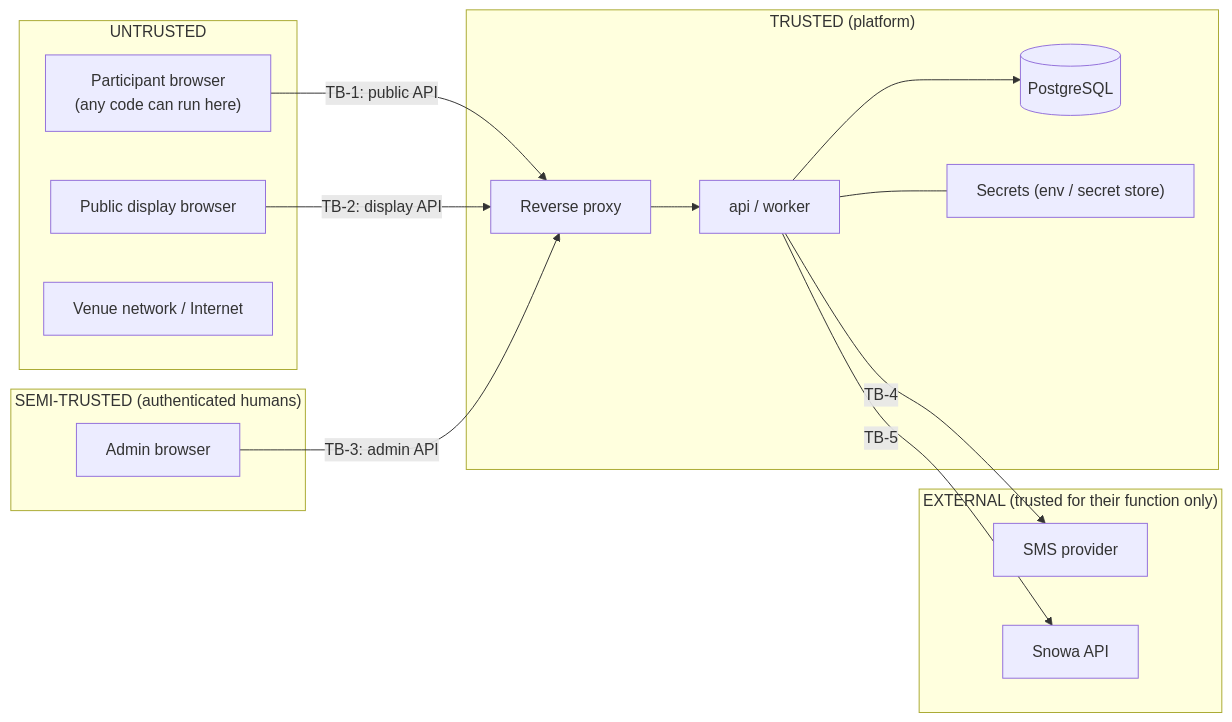
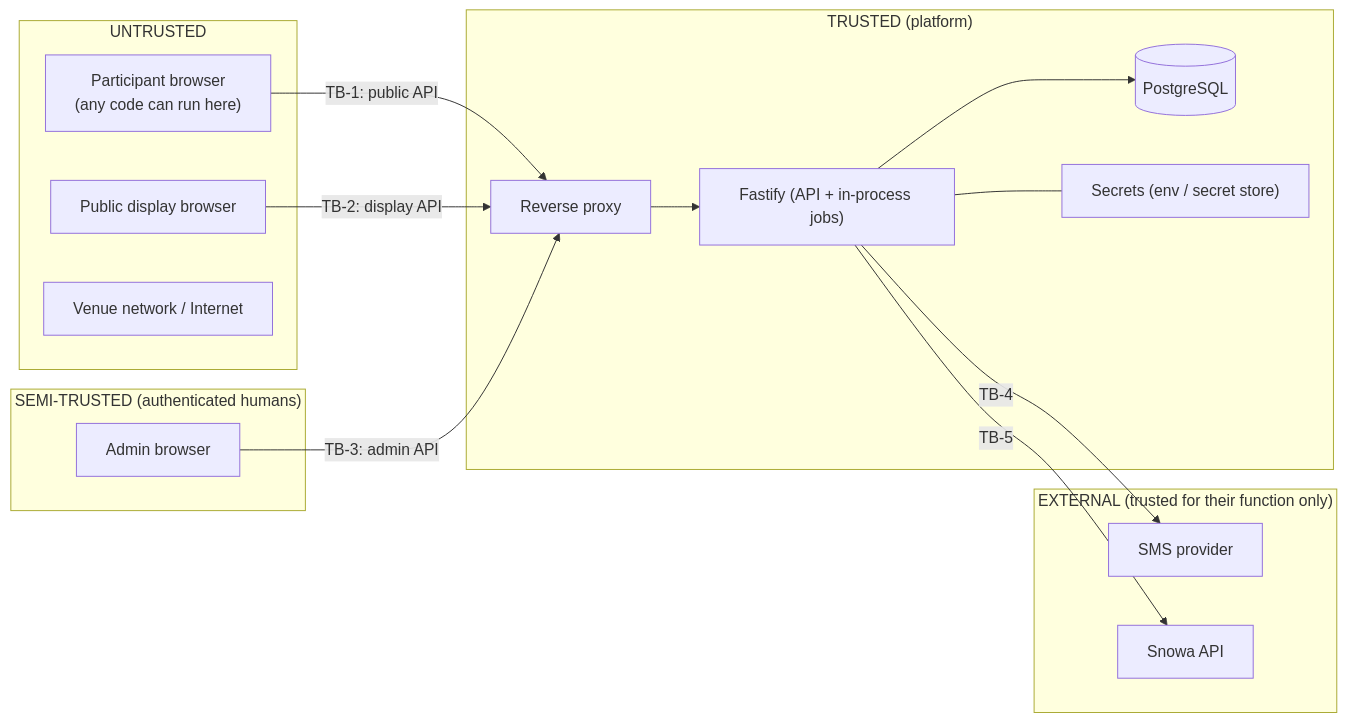
One commit to osameh15/Snowa-Exhibition-Game changed the diagram in docs/01-architecture/09-trust-boundaries.md. Above: the diagram before and after it, drawn with Mermaid. The commit also changed other lines of this file and 61 other files, not shown here.

First line of the commit message:
docs: right-size secure exhibition architecture

````diff
--- a/docs/01-architecture/09-trust-boundaries.md
+++ b/docs/01-architecture/09-trust-boundaries.md
@@ -5,28 +5,28 @@
 ```mermaid
 flowchart LR
   subgraph U["UNTRUSTED"]
     B1["Participant browser<br/>(any code can run here)"]
     B2["Public display browser"]
     NET["Venue network / Internet"]
   end
   subgraph SA["SEMI-TRUSTED (authenticated humans)"]
     B3["Admin browser"]
   end
   subgraph T["TRUSTED (platform)"]
     RP["Reverse proxy"]
-    API["api / worker"]
+    API["Fastify (API + in-process jobs)"]
     DB[("PostgreSQL")]
     SEC["Secrets (env / secret store)"]
   end
   subgraph X["EXTERNAL (trusted for their function only)"]
     SMS["SMS provider"]
     SNW["Snowa API"]
   end
   B1 -- "TB-1: public API" --> RP
   B2 -- "TB-2: display API" --> RP
   B3 -- "TB-3: admin API" --> RP
   RP --> API --> DB
   API --- SEC
   API -- "TB-4" --> SMS
   API -- "TB-5" --> SNW
 ```
````
